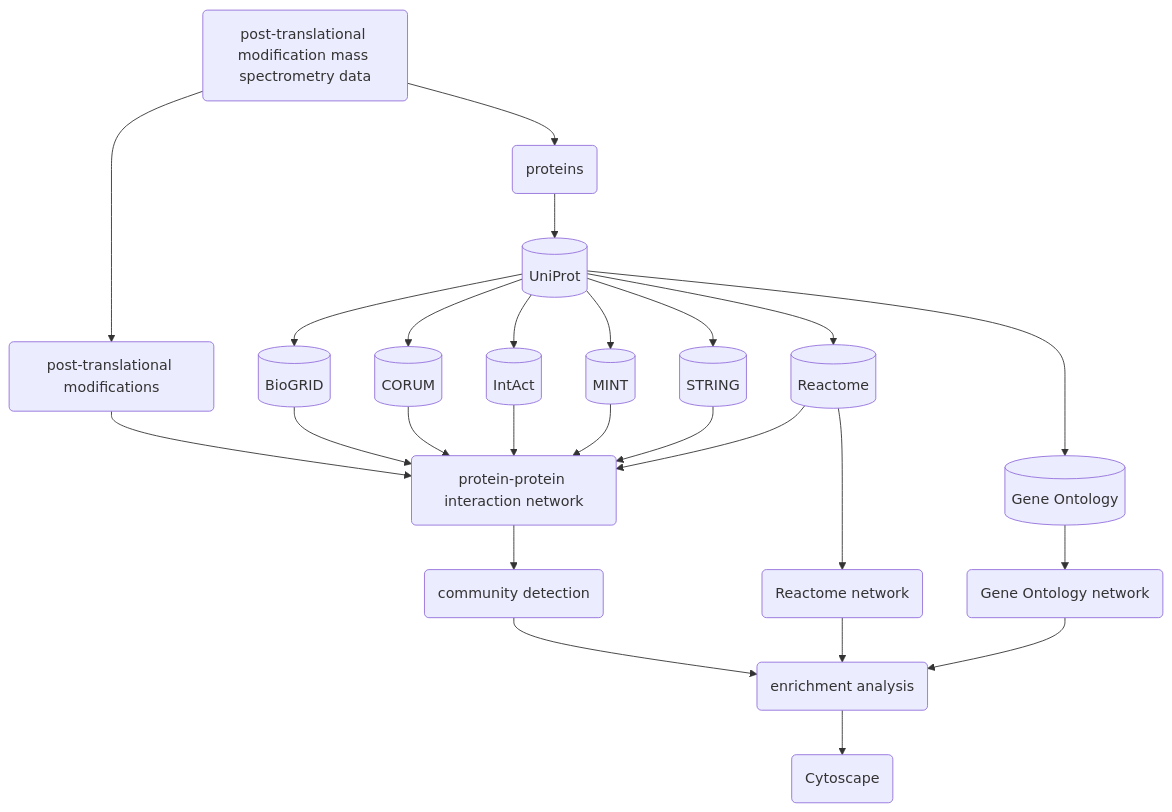
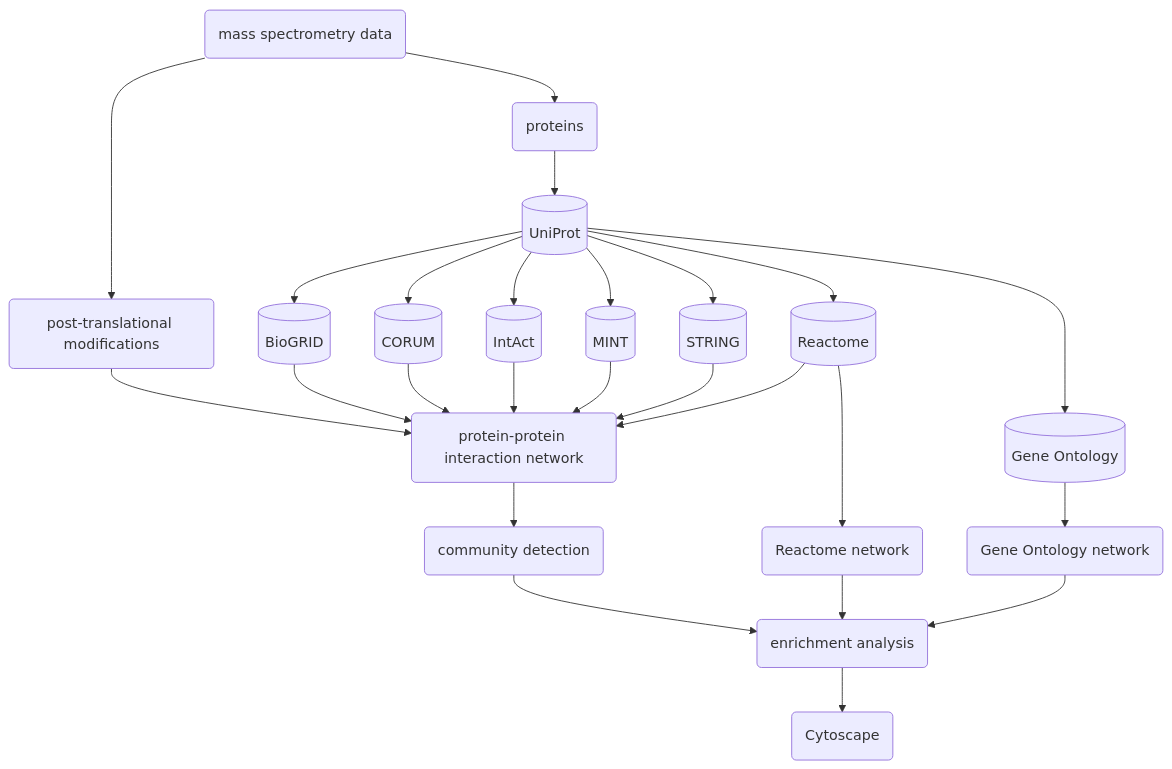
One commit to MolBIFFM/diana changed the first of 3 diagrams in README.md. Above: the diagram before and after it, drawn with Mermaid. The commit also changed other lines of this file and 6 other files, not shown here.

````diff
--- a/README.md
+++ b/README.md
@@ -76,34 +76,33 @@
 ```mermaid
 flowchart
-  ptm-ms-data(post-translational modification mass spectrometry data) -->
-    proteins(proteins)
+  ptm-ms-data(mass spectrometry data) --> proteins(proteins)
   ptm-ms-data --> ptm(post-translational modifications)
 
   proteins --> uniprot[(UniProt)]
   ptm -->
     protein-protein-interaction-network(protein-protein interaction network)
 
   uniprot --> biogrid[(BioGRID)]
   uniprot --> corum[(CORUM)]
   uniprot --> intact[(IntAct)]
   uniprot --> mint[(MINT)]
   uniprot --> reactome[(Reactome)]
   uniprot --> string[(STRING)]
   uniprot --> gene-ontology[(Gene Ontology)]
 
   biogrid --> protein-protein-interaction-network
   corum --> protein-protein-interaction-network
   intact--> protein-protein-interaction-network
   mint --> protein-protein-interaction-network
   string --> protein-protein-interaction-network
   reactome --> protein-protein-interaction-network
   gene-ontology --> gene-ontology-network(Gene Ontology network)
   reactome --> reactome-network(Reactome network)
 
   protein-protein-interaction-network -->
     community-detection(community detection)
   community-detection --> enrichment-analysis(enrichment analysis)
   reactome-network --> enrichment-analysis
   gene-ontology-network --> enrichment-analysis
   enrichment-analysis --> cytoscape(Cytoscape)
 ```
````
